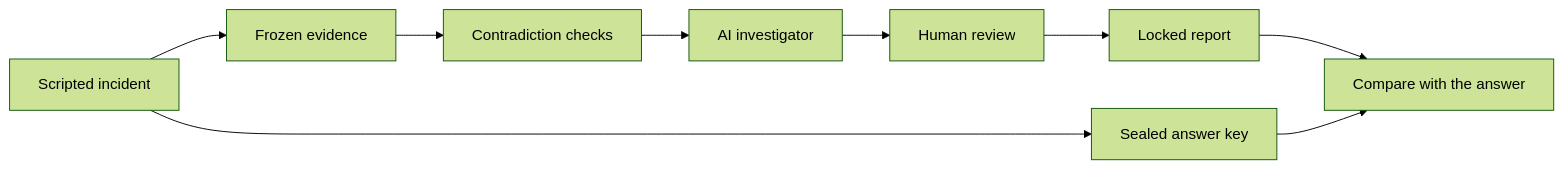
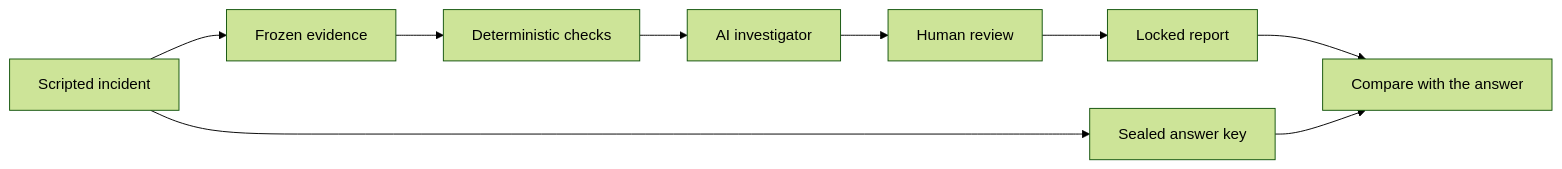
One commit to Festyve/HackPrinceton changed the diagram in README.md. Above: the diagram before and after it, drawn with Mermaid (forest theme). The commit also changed other lines of this file and 1 other file, not shown here.

````diff
--- a/README.md
+++ b/README.md
@@ -32,11 +38,11 @@
 ```mermaid
 flowchart LR
   scenario[Scripted incident] --> evidence[Frozen evidence]
   scenario --> truth[Sealed answer key]
-  evidence --> checks[Contradiction checks]
+  evidence --> checks[Deterministic checks]
   checks --> agent[AI investigator]
   agent --> review[Human review]
   review --> locked[Locked report]
   locked --> score[Compare with the answer]
   truth --> score
 ```
````
